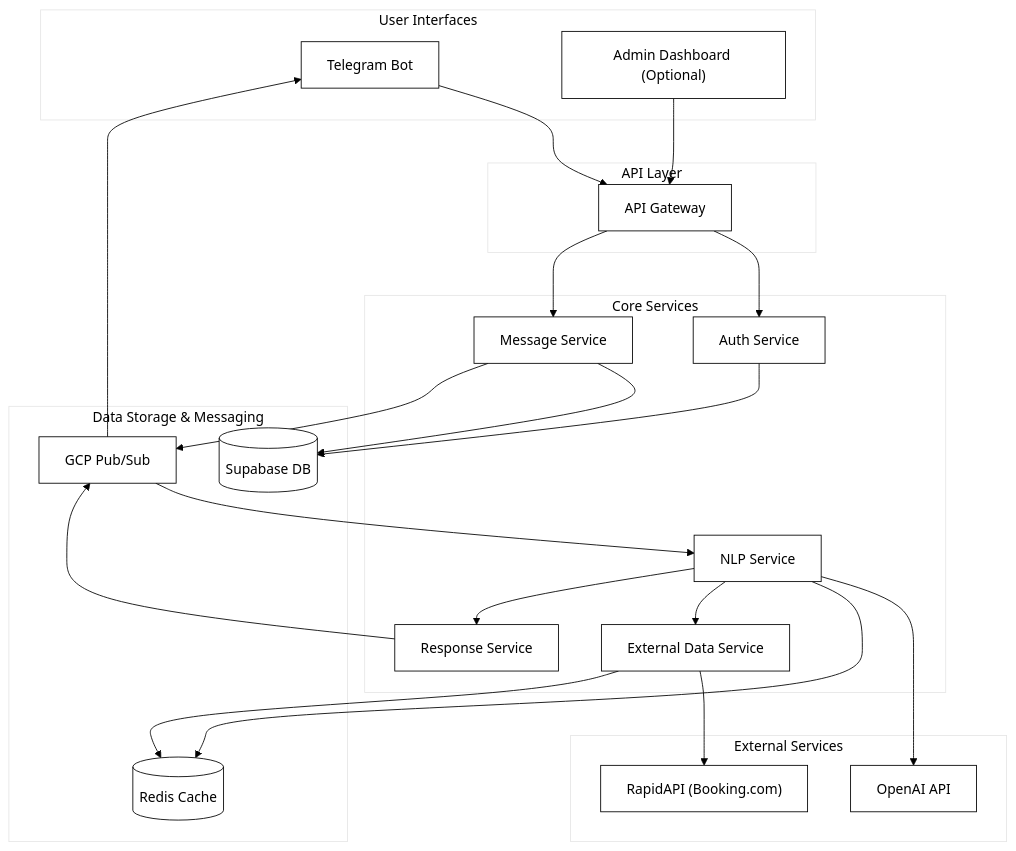
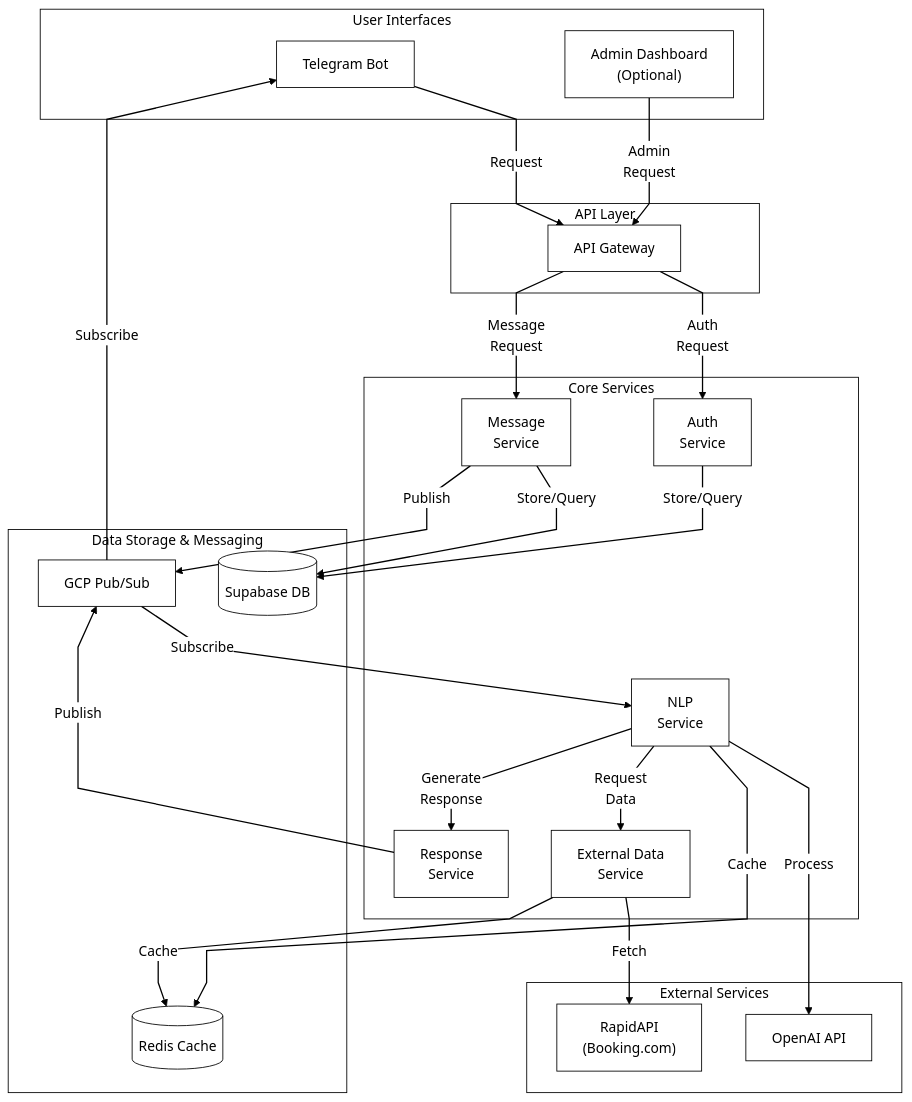
Before and after one commit to esakrissa/modern-isoner: the diagram in README.md, drawn with Mermaid.

Commit message:
Improve Mermaid diagram with better spacing, alignment, and white background

````diff
--- a/README.md
+++ b/README.md
@@ -29,54 +29,81 @@
 ```mermaid
-%%{init: {'theme': 'base', 'themeVariables': { 'primaryColor': '#ffffff', 'primaryTextColor': '#000000', 'primaryBorderColor': '#000000', 'lineColor': '#000000', 'secondaryColor': '#ffffff', 'tertiaryColor': '#ffffff' }}}%%
+%%{init: {
+  'theme': 'base', 
+  'themeVariables': { 
+    'primaryColor': '#ffffff', 
+    'primaryTextColor': '#000000', 
+    'primaryBorderColor': '#000000', 
+    'lineColor': '#000000', 
+    'secondaryColor': '#ffffff', 
+    'tertiaryColor': '#ffffff',
+    'background': '#ffffff'
+  },
+  'flowchart': {
+    'htmlLabels': true,
+    'curve': 'linear',
+    'diagramPadding': 20
+  }
+}}%%
 flowchart TB
-    subgraph "User Interfaces"
+    %% Define nodes with proper spacing
+    subgraph UI["User Interfaces"]
         TB["Telegram Bot"]
-        AD["Admin Dashboard (Optional)"]
+        AD["Admin Dashboard<br/>(Optional)"]
     end
-
-    subgraph "API Layer"
+    
+    subgraph API["API Layer"]
         AG["API Gateway"]
     end
-
-    subgraph "Core Services"
-        AS["Auth Service"]
-        MS["Message Service"]
-        NLP["NLP Service"]
-        EDS["External Data Service"]
-        RS["Response Service"]
+    
+    subgraph CS["Core Services"]
+        AS["Auth<br/>Service"]
+        MS["Message<br/>Service"]
+        NLP["NLP<br/>Service"]
+        EDS["External Data<br/>Service"]
+        RS["Response<br/>Service"]
     end
-
-    subgraph "Data Storage & Messaging"
+    
+    subgraph DS["Data Storage & Messaging"]
         SB[(Supabase DB)]
         PS["GCP Pub/Sub"]
         RC[(Redis Cache)]
     end
-
-    subgraph "External Services"
+    
+    subgraph ES["External Services"]
         OAI["OpenAI API"]
-        RAPI["RapidAPI (Booking.com)"]
+        RAPI["RapidAPI<br/>(Booking.com)"]
     end
-
-    TB --> AG
-    AD --> AG
     
-    AG --> AS & MS
+    %% Define connections with proper spacing
+    TB -->|"Request"| AG
+    AD -->|"Admin<br/>Request"| AG
     
-    AS --> SB
-    MS --> SB
-    MS --> PS
+    AG -->|"Auth<br/>Request"| AS
+    AG -->|"Message<br/>Request"| MS
     
-    PS --> NLP
-    NLP --> OAI
-    NLP --> RC
+    AS -->|"Store/Query"| SB
+    MS -->|"Store/Query"| SB
+    MS -->|"Publish"| PS
     
-    NLP --> EDS & RS
+    PS -->|"Subscribe"| NLP
+    NLP -->|"Process"| OAI
+    NLP -->|"Cache"| RC
     
-    EDS --> RAPI
-    EDS --> RC
+    NLP -->|"Request<br/>Data"| EDS
+    NLP -->|"Generate<br/>Response"| RS
     
-    RS --> PS
-    PS --> TB
-
-    linkStyle default stroke:#000000,stroke-width:1px;
+    EDS -->|"Fetch"| RAPI
+    EDS -->|"Cache"| RC
+    
+    RS -->|"Publish"| PS
+    PS -->|"Subscribe"| TB
+    
+    %% Style all links and nodes
+    linkStyle default stroke:#000000,stroke-width:1.5px;
+    
+    style UI fill:#ffffff,stroke:#000000,stroke-width:1px;
+    style API fill:#ffffff,stroke:#000000,stroke-width:1px;
+    style CS fill:#ffffff,stroke:#000000,stroke-width:1px;
+    style DS fill:#ffffff,stroke:#000000,stroke-width:1px;
+    style ES fill:#ffffff,stroke:#000000,stroke-width:1px;
 ```
````
